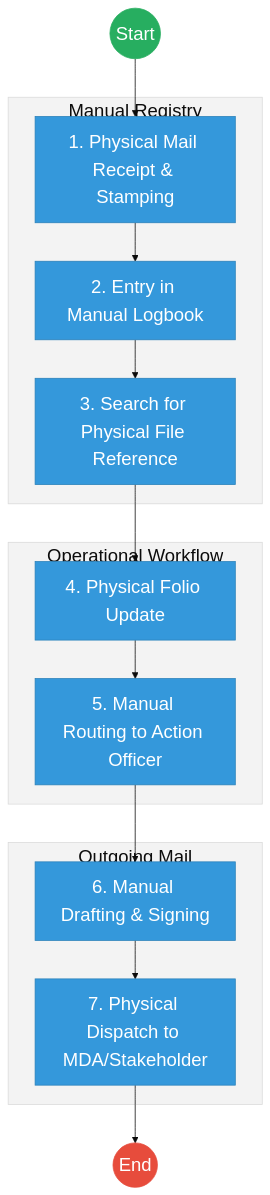
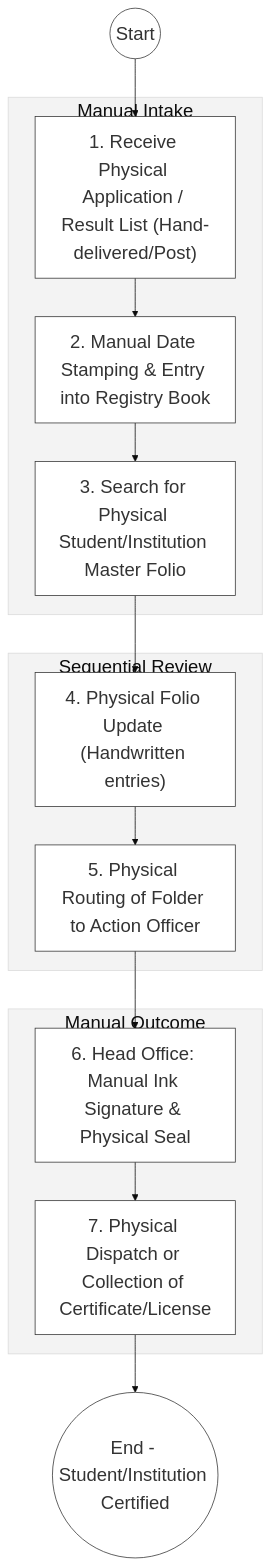
The first of 2 diagrams in mdas/docs_final/priority_mdas/Technical_Vocational_Education_and_Training___Service_Delivery.md (BITZ-IT-Consulting-LTD/ictapoc), drawn with Mermaid before and after one commit. The commit also changed other lines of this file and 37 other files, not shown here.

````diff
--- a/mdas/docs_final/priority_mdas/Technical_Vocational_Education_and_Training___Service_Delivery.md
+++ b/mdas/docs_final/priority_mdas/Technical_Vocational_Education_and_Training___Service_Delivery.md
@@ -17,30 +77,22 @@
 ```mermaid
 %%{init: { 'theme': 'base', 'themeVariables': { 'fontSize': '24px', 'fontFamily': 'Inter, system-ui, sans-serif', 'primaryColor': '#ffffff', 'edgeLabelBackground':'#ffffff', 'tertiaryColor': '#f3f3f3', 'mainBkg': '#ffffff', 'nodeBorder': '#333333' } } }%%
 flowchart TD
-    Start((Start)) --> Receipt["1. Physical Mail Receipt & Stamping"]
+    Start((Start)) --> Receipt["1. Receive Physical Application / Result List (Hand-delivered/Post)"]
     
-    subgraph Intake["Manual Registry"]
-        Receipt --> LogBook["2. Entry in Manual Logbook"]
-        LogBook --> FileRef["3. Search for Physical File Reference"]
+    subgraph Registry_Silo["Manual Intake"]
+        Receipt --> Stamp["2. Manual Date Stamping & Entry into Registry Book"]
+        Stamp --> FileSearch["3. Search for Physical Student/Institution Master Folio"]
     end
 
-    subgraph Action["Operational Workflow"]
-        FileRef --> Folio["4. Physical Folio Update"]
-        Folio --> Route["5. Manual Routing to Action Officer"]
+    subgraph Operation_Silo["Sequential Review"]
+        FileSearch --> Folio["4. Physical Folio Update (Handwritten entries)"]
+        Folio --> Route["5. Physical Routing of Folder to Action Officer"]
     end
 
-    subgraph Dispatch["Outgoing Mail"]
-        Route --> Type["6. Manual Drafting & Signing"]
-        Type --> Send["7. Physical Dispatch to MDA/Stakeholder"]
+    subgraph Settlement_Layer["Manual Outcome"]
+        Route --> Sign["6. Head Office: Manual Ink Signature & Physical Seal"]
+        Sign --> Dispatch["7. Physical Dispatch or Collection of Certificate/License"]
     end
 
-    Send --> End((End))
-
-    classDef start fill:#27ae60,stroke:#27ae60,color:#fff,font-size:24px;;
-    classDef endNode fill:#e74c3c,stroke:#e74c3c,color:#fff,font-size:24px;;
-    classDef userTask fill:#3498db,stroke:#2980b9,color:#fff,font-size:24px;;
-    
-    class Start start;
-    class End endNode;
-    class Receipt,LogBook,FileRef,Folio,Route,Type,Send userTask;
+    Dispatch --> EndProcess(("End - Student/Institution Certified"))
 ```
````
